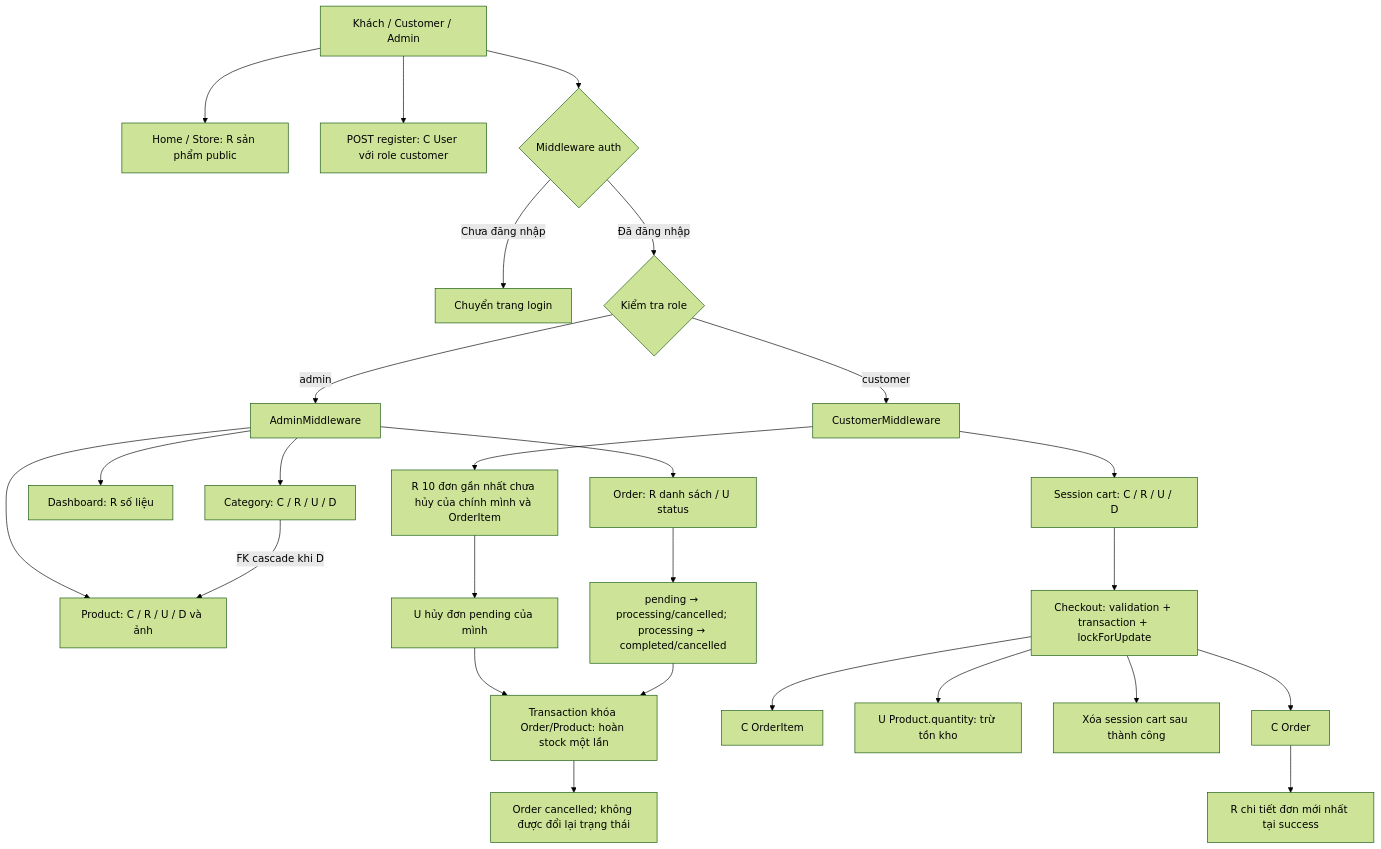
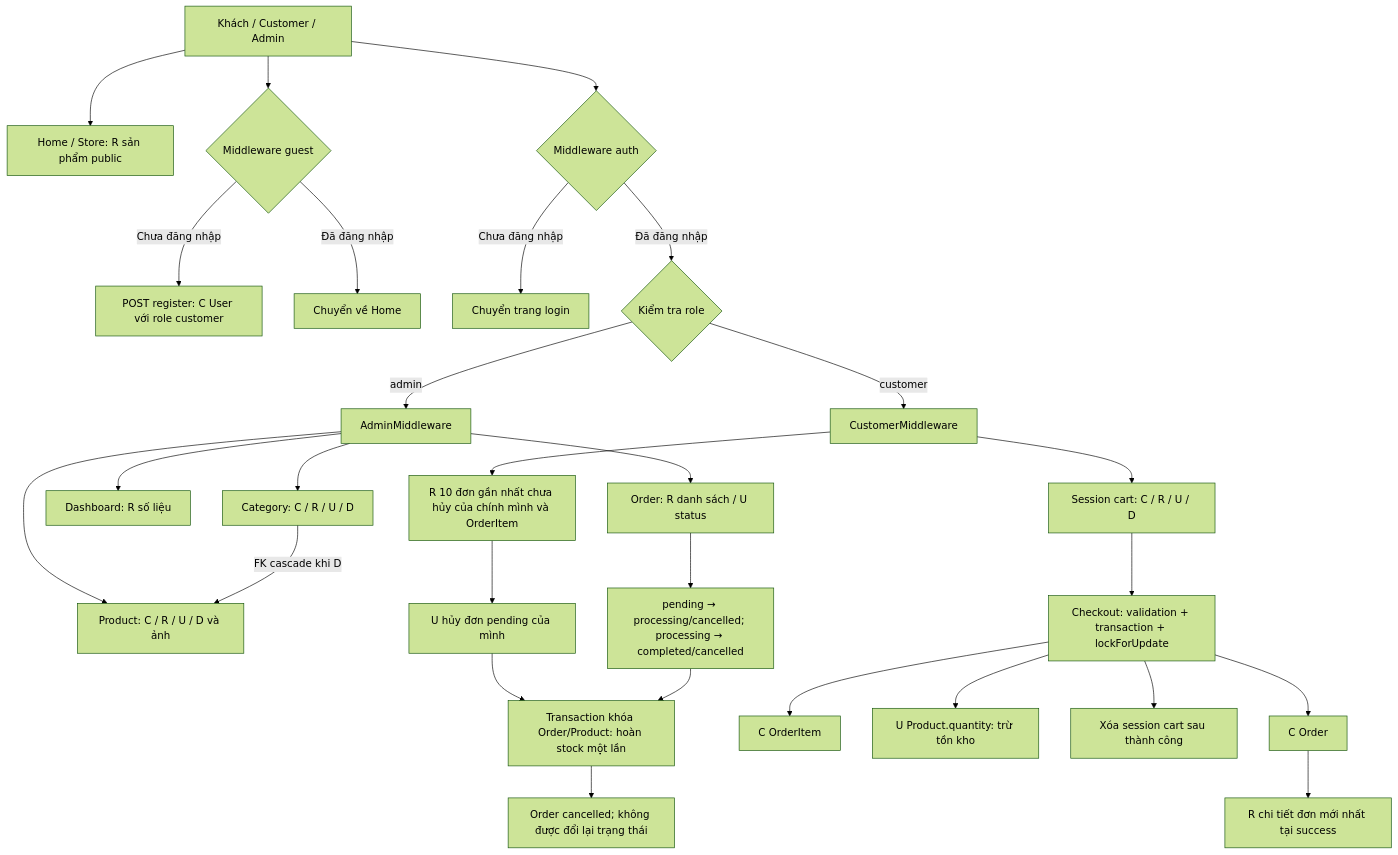
One commit to giahuy5523/DeTai_LapTrinhMaNguonMo_ changed the diagram in docs/CRUD.mmd. Above: the diagram before and after it, drawn with Mermaid (forest theme). The commit also changed 120 other files, not shown here.

```diff
--- a/docs/CRUD.mmd
+++ b/docs/CRUD.mmd
@@ -1,26 +1,28 @@
 flowchart TD
     A["Khách / Customer / Admin"] --> H["Home / Store: R sản phẩm public"]
-    A --> REG["POST register: C User với role customer"]
+    A --> GUEST{"Middleware guest"}
+    GUEST -->|"Chưa đăng nhập"| REG["POST register: C User với role customer"]
+    GUEST -->|"Đã đăng nhập"| HOME["Chuyển về Home"]
     A --> AUTH{"Middleware auth"}
     AUTH -->|"Chưa đăng nhập"| LOGIN["Chuyển trang login"]
     AUTH -->|"Đã đăng nhập"| ROLE{"Kiểm tra role"}
     ROLE -->|"admin"| AD["AdminMiddleware"]
     ROLE -->|"customer"| CU["CustomerMiddleware"]
     AD --> CAT["Category: C / R / U / D"]
     AD --> PRO["Product: C / R / U / D và ảnh"]
     AD --> DASH["Dashboard: R số liệu"]
     AD --> ORD["Order: R danh sách / U status"]
     CAT -->|"FK cascade khi D"| PRO
     CU --> CART["Session cart: C / R / U / D"]
     CART --> CHECK["Checkout: validation + transaction + lockForUpdate"]
     CHECK --> O["C Order"]
     CHECK --> I["C OrderItem"]
     CHECK --> STOCK["U Product.quantity: trừ tồn kho"]
     CHECK --> CLEAR["Xóa session cart sau thành công"]
     O --> SUCCESS["R chi tiết đơn mới nhất tại success"]
     CU --> HISTORY["R 10 đơn gần nhất chưa hủy của chính mình và OrderItem"]
     HISTORY --> CANCEL["U hủy đơn pending của mình"]
     CANCEL --> RESTORE["Transaction khóa Order/Product: hoàn stock một lần"]
     ORD --> STATE["pending → processing/cancelled; processing → completed/cancelled"]
     STATE --> RESTORE
     RESTORE --> FINAL["Order cancelled; không được đổi lại trạng thái"]
```
